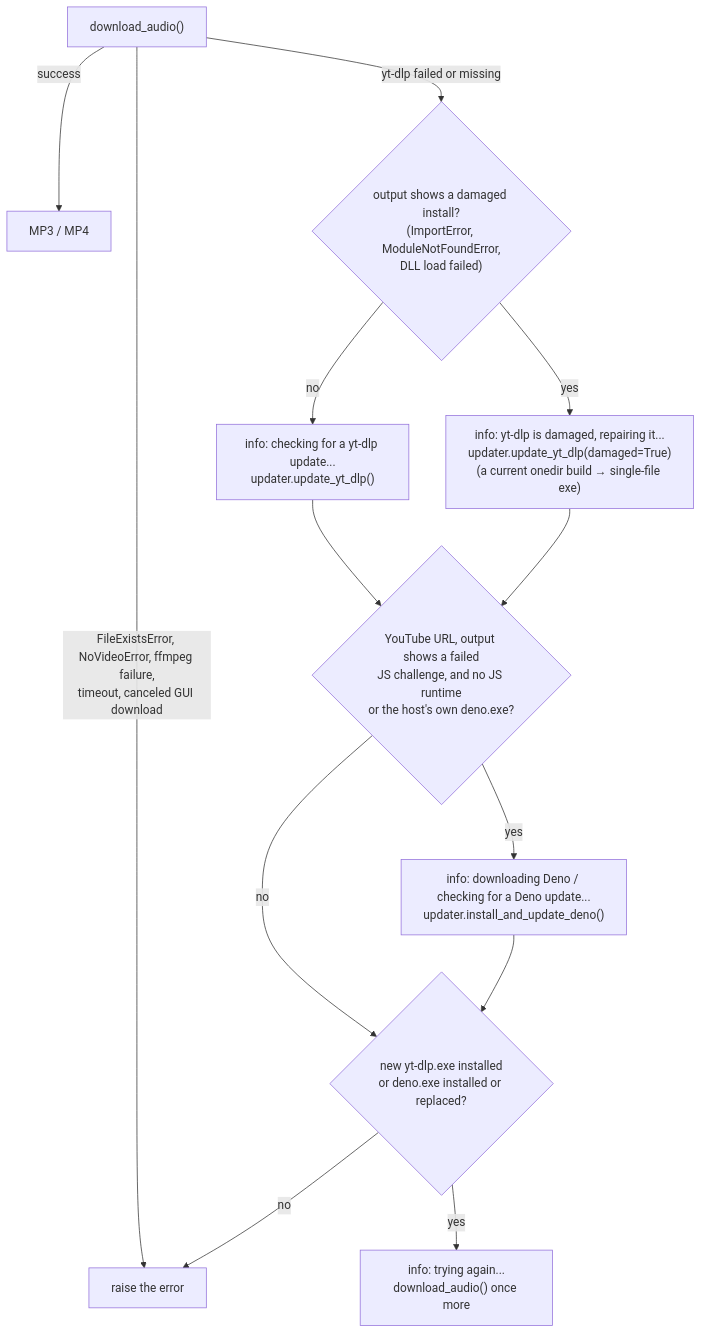
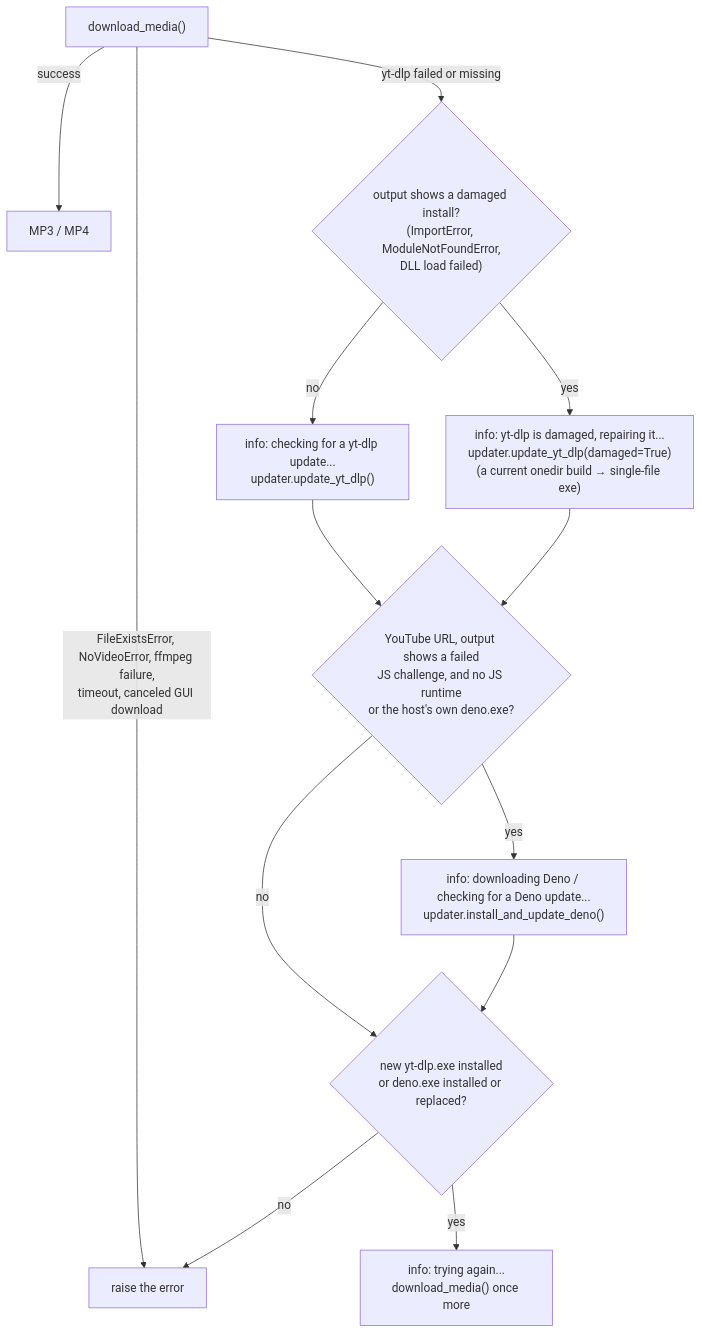
One commit to martin-iflap/YT-MP3-Downloader changed diagram 16 of 22 in ARCHITECTURE.md. Above: the diagram before and after it, drawn with Mermaid. The commit also changed other lines of this file and 10 other files, not shown here.

Commit message:
rename download_audio to download_media as it also downloads videos now

````diff
--- a/ARCHITECTURE.md
+++ b/ARCHITECTURE.md
@@ -1016,15 +1016,15 @@
 ```mermaid
 flowchart TB
-    A["download_audio()"] -- success --> OK["MP3 / MP4"]
+    A["download_media()"] -- success --> OK["MP3 / MP4"]
     A -- "FileExistsError, NoVideoError, ffmpeg failure,<br/>timeout, canceled GUI download" --> RAISE["raise the error"]
     A -- "yt-dlp failed or missing" --> B{"output shows a damaged install?<br/>(ImportError, ModuleNotFoundError,<br/>DLL load failed)"}
     B -- no --> U["info: checking for a yt-dlp update...<br/>updater.update_yt_dlp()"]
     B -- yes --> R["info: yt-dlp is damaged, repairing it...<br/>updater.update_yt_dlp(damaged=True)<br/>(a current onedir build → single-file exe)"]
     U --> J
     R --> J{"YouTube URL, output shows a failed<br/>JS challenge, and no JS runtime<br/>or the host's own deno.exe?"}
     J -- yes --> DN["info: downloading Deno / checking for a Deno update...<br/>updater.install_and_update_deno()"]
     J -- no --> C
     DN --> C{"new yt-dlp.exe installed<br/>or deno.exe installed or replaced?"}
     C -- no --> RAISE
-    C -- yes --> RETRY["info: trying again...<br/>download_audio() once more"]
+    C -- yes --> RETRY["info: trying again...<br/>download_media() once more"]
 ```
````
